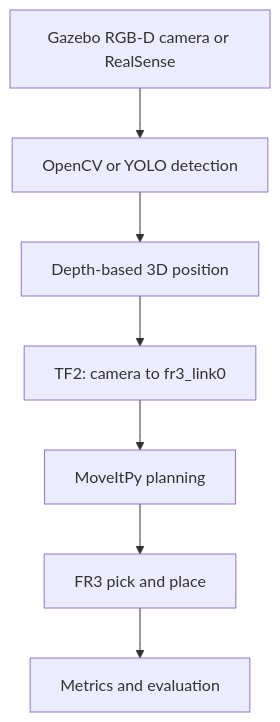
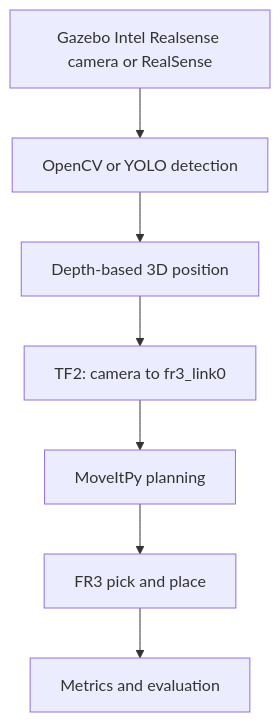
Before and after one commit to ytang19-glitch/FR3-Vision-Guided-Sorting-Cell: the diagram in README.md, drawn with Mermaid.

````diff
--- a/README.md
+++ b/README.md
@@ -51,9 +51,9 @@
 ```mermaid
 flowchart TD
-    A["Gazebo RGB-D camera or RealSense"] --> B["OpenCV or YOLO detection"]
+    A["Gazebo Intel Realsense camera or RealSense"] --> B["OpenCV or YOLO detection"]
     B --> C["Depth-based 3D position"]
     C --> D["TF2: camera to fr3_link0"]
     D --> E["MoveItPy planning"]
     E --> F["FR3 pick and place"]
     F --> G["Metrics and evaluation"]
 ```
````
